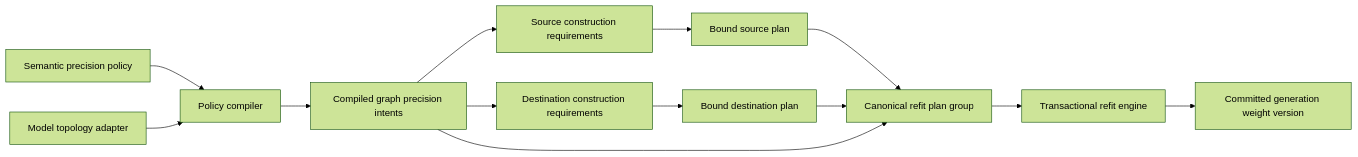
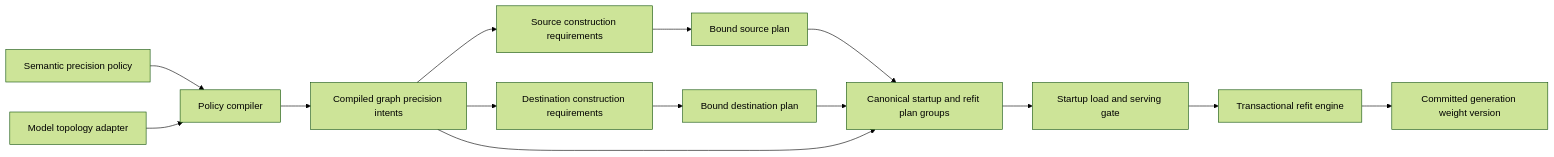
Before and after one commit to seonjinn/RL: the diagram in docs/design-docs/semantic-precision-refit.md, drawn with Mermaid (forest theme). The commit also changed other lines of this file and 1 other file, not shown here.

Commit message:
docs: close semantic graph contract gaps

````diff
--- a/docs/design-docs/semantic-precision-refit.md
+++ b/docs/design-docs/semantic-precision-refit.md
@@ -95,15 +96,16 @@
 ```mermaid
 flowchart LR
     P[Semantic precision policy] --> C[Policy compiler]
     T[Model topology adapter] --> C
     C --> I[Compiled graph precision intents]
     I --> S[Source construction requirements]
     I --> D[Destination construction requirements]
     S --> SB[Bound source plan]
     D --> DB[Bound destination plan]
-    SB --> CP[Canonical refit plan group]
+    SB --> CP[Canonical startup and refit plan groups]
     DB --> CP
     I --> CP
-    CP --> R[Transactional refit engine]
+    CP --> B[Startup load and serving gate]
+    B --> R[Transactional refit engine]
     R --> V[Committed generation weight version]
 ```
````
